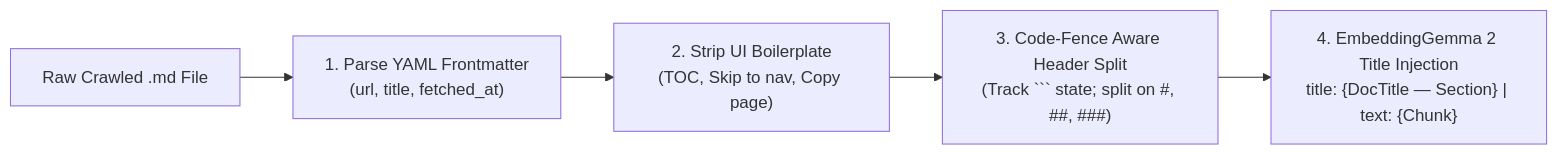
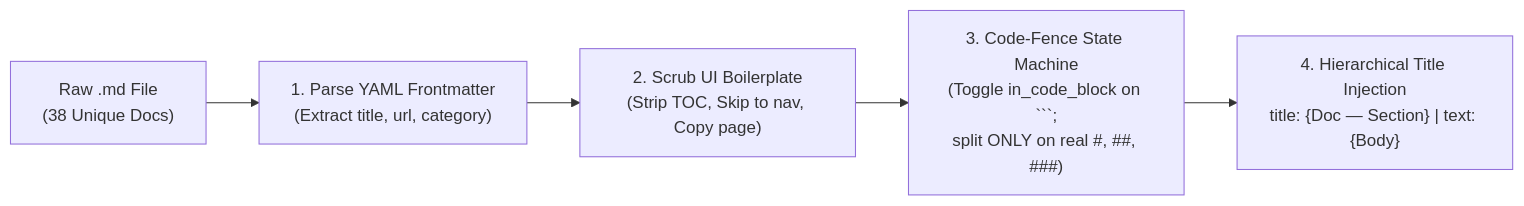
Before and after one commit to ajithvnr2001/sarvam-docs: the diagram in rag-embeddinggemma2-course/course/03_sarvam_corpus_chunking.md, drawn with Mermaid. The commit also changed other lines of this file and 14 other files, not shown here.

Commit message:
Fix all GFM/KaTeX/Mermaid lint issues & upgrade all 11 RAG course modules to MIT-Professor 4-pillar standard

````diff
--- a/rag-embeddinggemma2-course/course/03_sarvam_corpus_chunking.md
+++ b/rag-embeddinggemma2-course/course/03_sarvam_corpus_chunking.md
@@ -31,7 +40,7 @@
 ```mermaid
 flowchart LR
-    Raw["Raw Crawled .md File"] --> S1["1. Parse YAML Frontmatter\n(url, title, fetched_at)"]
-    S1 --> S2["2. Strip UI Boilerplate\n(TOC, Skip to nav, Copy page)"]
-    S2 --> S3["3. Code-Fence Aware Header Split\n(Track ``` state; split on #, ##, ###)"]
-    S3 --> S4["4. EmbeddingGemma 2 Title Injection\ntitle: {DocTitle — Section} | text: {Chunk}"]
+    Raw["Raw .md File<br/>(38 Unique Docs)"] --> S1["1. Parse YAML Frontmatter<br/>(Extract title, url, category)"]
+    S1 --> S2["2. Scrub UI Boilerplate<br/>(Strip TOC, Skip to nav, Copy page)"]
+    S2 --> S3["3. Code-Fence State Machine<br/>(Toggle in_code_block on ```;<br/>split ONLY on real #, ##, ###)"]
+    S3 --> S4["4. Hierarchical Title Injection<br/>title: {Doc — Section} | text: {Body}"]
 ```
````
